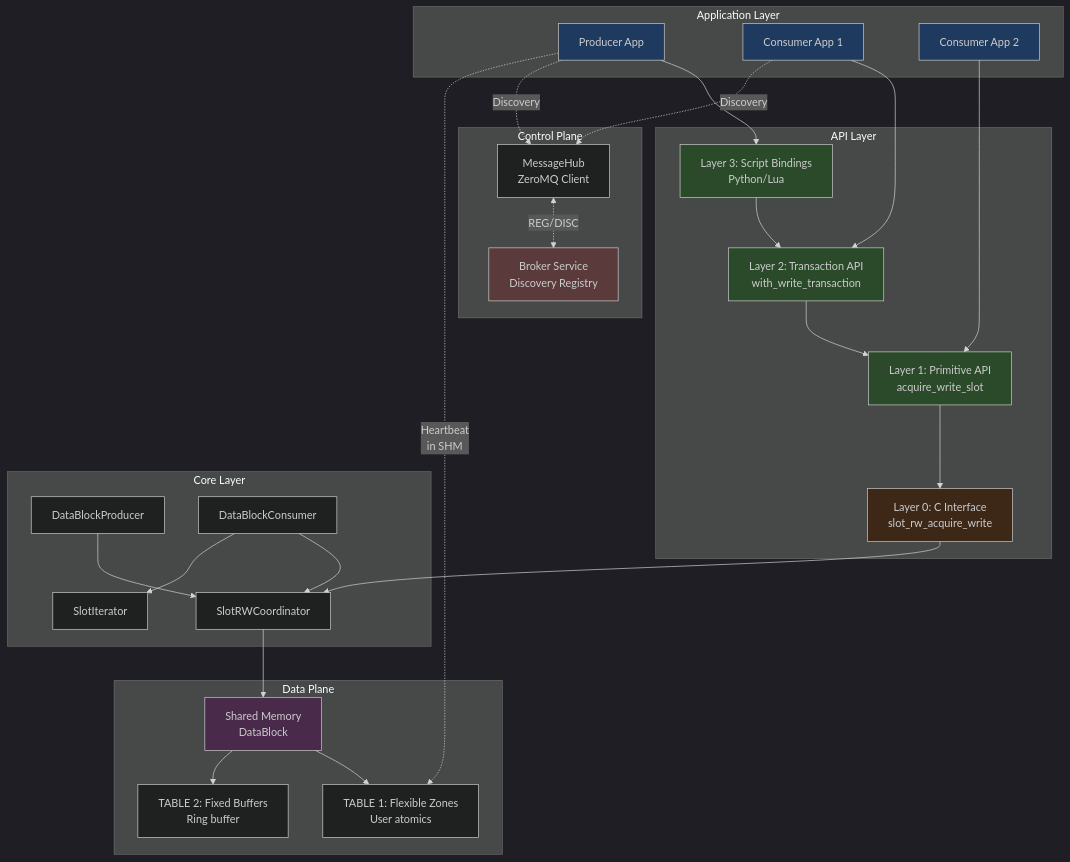
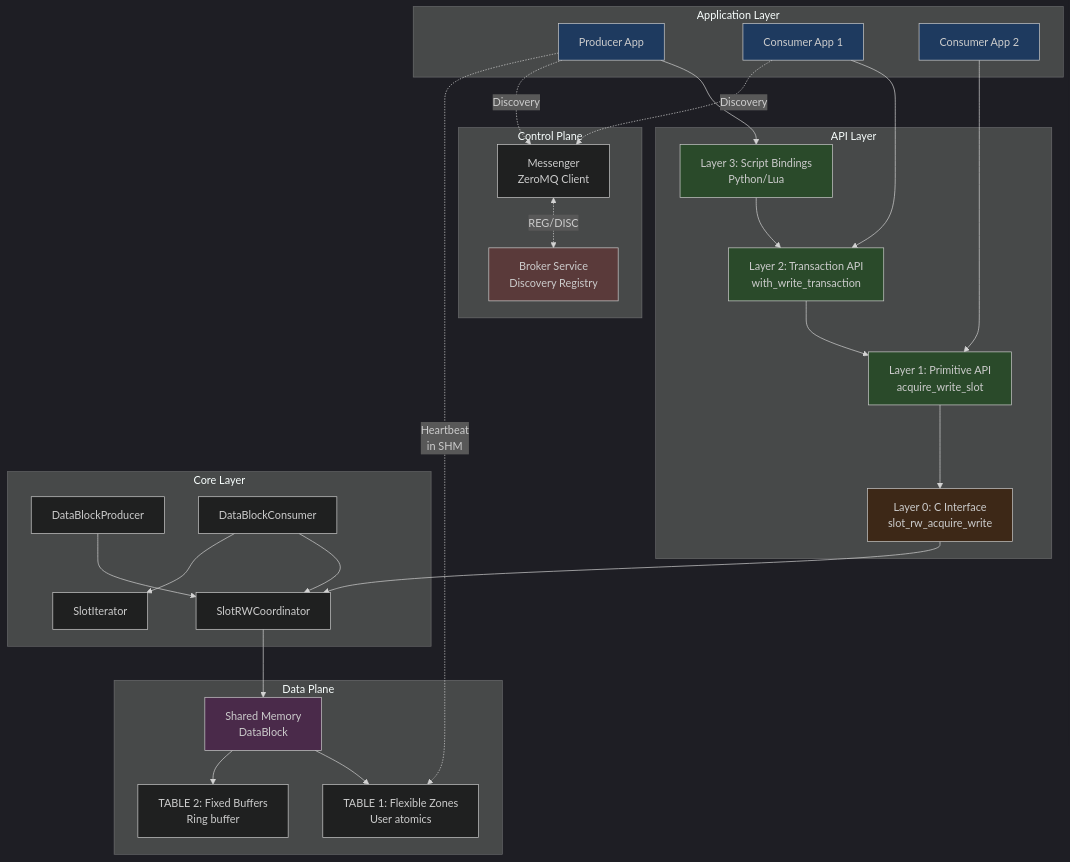
The first of 13 diagrams in cpp/docs/HEP/HEP-CORE-0002-DataHub-FINAL.md (Qing-LAB/pylabhub), drawn with Mermaid before and after one commit. The commit also changed other lines of this file and 41 other files, not shown here.

````diff
--- a/cpp/docs/HEP/HEP-CORE-0002-DataHub-FINAL.md
+++ b/cpp/docs/HEP/HEP-CORE-0002-DataHub-FINAL.md
@@ -175,66 +175,66 @@
 ```mermaid
 %%{init: {'theme': 'dark'}}%%
 graph TB
     subgraph "Application Layer"
         APP1[Producer App]
         APP2[Consumer App 1]
         APP3[Consumer App 2]
     end
 
     subgraph "API Layer"
         L3[Layer 3: Script Bindings<br/>Python/Lua]
         L2[Layer 2: Transaction API<br/>with_write_transaction]
         L1[Layer 1: Primitive API<br/>acquire_write_slot]
         L0[Layer 0: C Interface<br/>slot_rw_acquire_write]
     end
 
     subgraph "Core Layer"
         PROD[DataBlockProducer]
         CONS[DataBlockConsumer]
         COORD[SlotRWCoordinator]
         ITER[SlotIterator]
     end
 
     subgraph "Data Plane"
         SHM[Shared Memory<br/>DataBlock]
         FLEX[TABLE 1: Flexible Zones<br/>User atomics]
         FIXED[TABLE 2: Fixed Buffers<br/>Ring buffer]
     end
 
     subgraph "Control Plane"
         BROKER[Broker Service<br/>Discovery Registry]
-        MH[MessageHub<br/>ZeroMQ Client]
+        MH[Messenger<br/>ZeroMQ Client]
     end
 
     APP1 --> L3
     APP2 --> L2
     APP3 --> L1
     L3 --> L2
     L2 --> L1
     L1 --> L0
     L0 --> COORD
 
     PROD --> COORD
     CONS --> COORD
     CONS --> ITER
 
     COORD --> SHM
     SHM --> FLEX
     SHM --> FIXED
 
     APP1 -.Discovery.-> MH
     APP2 -.Discovery.-> MH
     MH <-.REG/DISC.-> BROKER
 
     APP1 -.Heartbeat<br/>in SHM.-> FLEX
 
     style APP1 fill:#1e3a5f
     style APP2 fill:#1e3a5f
     style APP3 fill:#1e3a5f
     style L3 fill:#2a4a2a
     style L2 fill:#2a4a2a
     style L1 fill:#2a4a2a
     style L0 fill:#3d2817
     style SHM fill:#4a2a4a
     style BROKER fill:#5a3a3a
 ```
````
